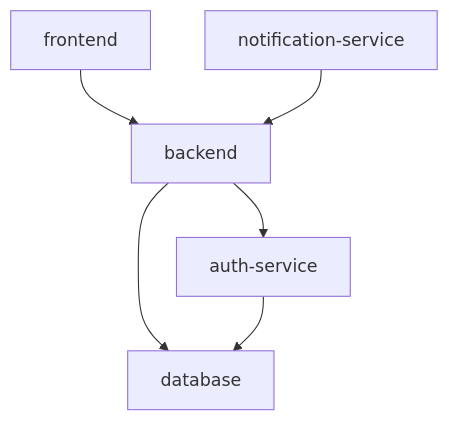
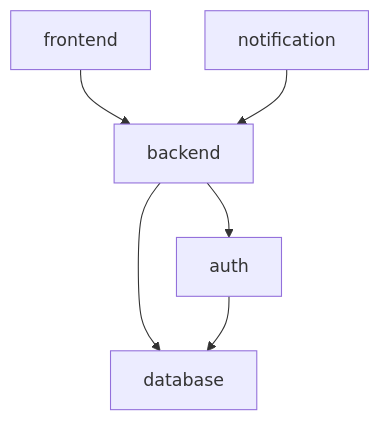
One commit to Wadye17/cestrum-cli changed the diagram in README.md. Above: the diagram before and after it, drawn with Mermaid. The commit also changed other lines of this file, not shown here.

````diff
--- a/README.md
+++ b/README.md
@@ -36,8 +36,8 @@
 ```mermaid
 graph TD;
     frontend-->backend;
-    notification-service-->backend;
-    backend-->auth-service;
+    notification-->backend;
+    backend-->auth;
     backend-->database;
-    auth-service-->database;
+    auth-->database;
 ```
````
